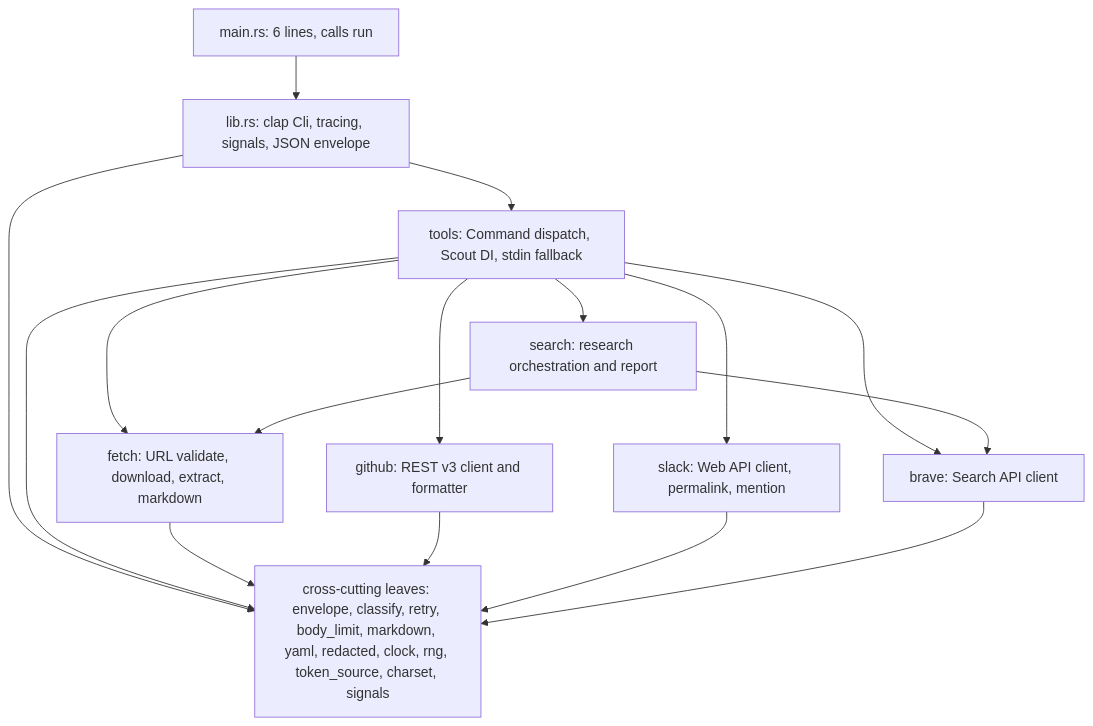
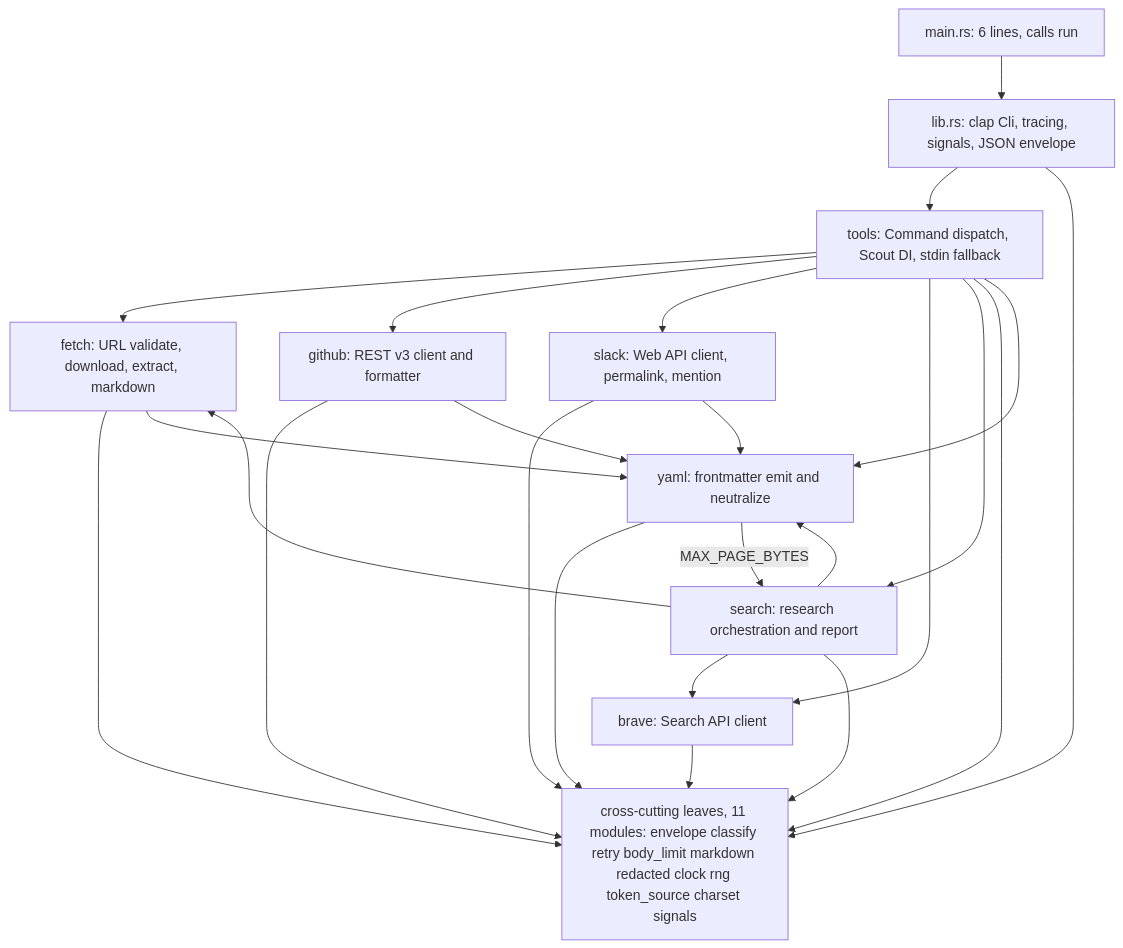
The first of 5 diagrams in aidlc/spaces/default/codekb/scout/architecture.md (thkt/scout), drawn with Mermaid before and after one commit. The commit also changed other lines of this file and 10 other files, not shown here.

````diff
--- a/aidlc/spaces/default/codekb/scout/architecture.md
+++ b/aidlc/spaces/default/codekb/scout/architecture.md
@@ -24,28 +92,37 @@
 ```mermaid
 graph TD
     MAIN["main.rs: 6 lines, calls run"]
     LIB["lib.rs: clap Cli, tracing, signals, JSON envelope"]
     TOOLS["tools: Command dispatch, Scout DI, stdin fallback"]
     FETCH["fetch: URL validate, download, extract, markdown"]
     GH["github: REST v3 client and formatter"]
     SLACK["slack: Web API client, permalink, mention"]
     BRAVE["brave: Search API client"]
     SEARCH["search: research orchestration and report"]
-    LEAF["cross-cutting leaves: envelope, classify, retry, body_limit, markdown, yaml, redacted, clock, rng, token_source, charset, signals"]
+    YAML["yaml: frontmatter emit and neutralize"]
+    LEAF["cross-cutting leaves, 11 modules: envelope classify retry body_limit markdown redacted clock rng token_source charset signals"]
 
     MAIN --> LIB
     LIB --> TOOLS
     LIB --> LEAF
     TOOLS --> FETCH
     TOOLS --> GH
     TOOLS --> SLACK
     TOOLS --> BRAVE
     TOOLS --> SEARCH
     TOOLS --> LEAF
+    TOOLS --> YAML
     SEARCH --> BRAVE
     SEARCH --> FETCH
+    SEARCH --> LEAF
+    SEARCH --> YAML
     FETCH --> LEAF
+    FETCH --> YAML
     GH --> LEAF
+    GH --> YAML
     SLACK --> LEAF
+    SLACK --> YAML
     BRAVE --> LEAF
+    YAML --> LEAF
+    YAML -->|MAX_PAGE_BYTES| SEARCH
 ```
````
